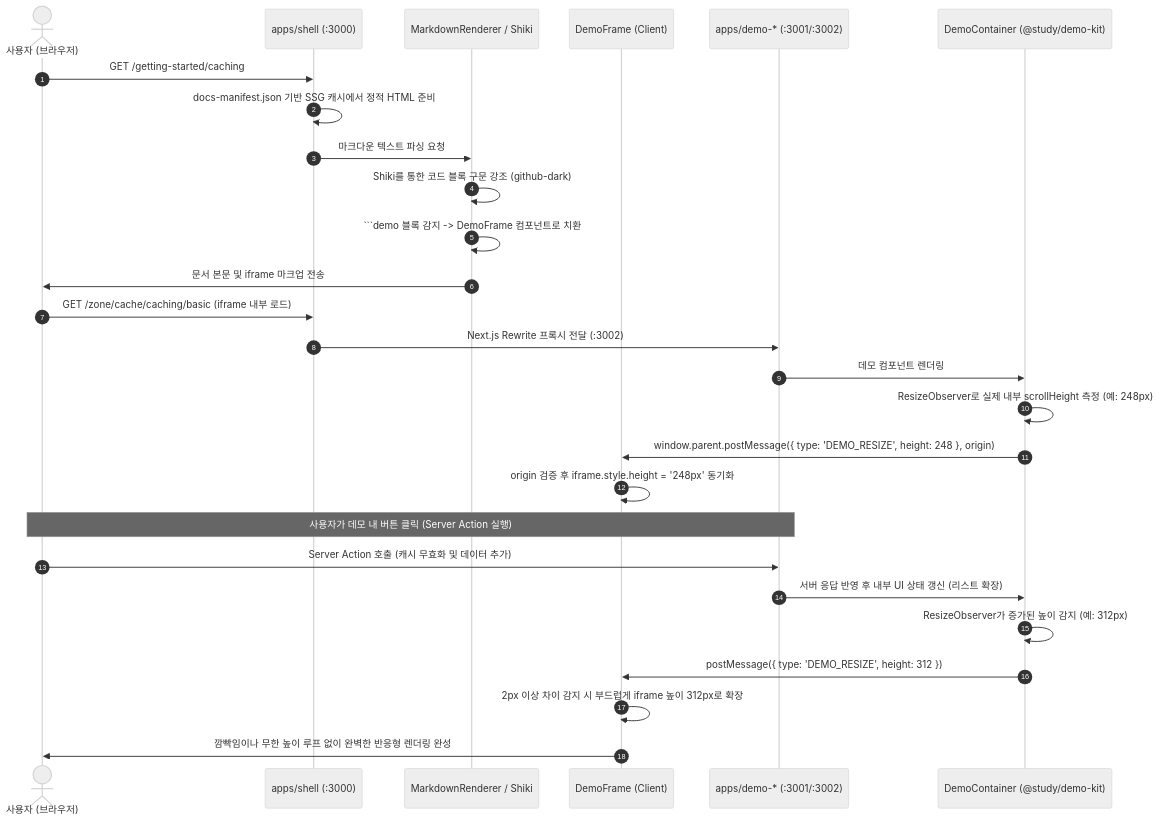
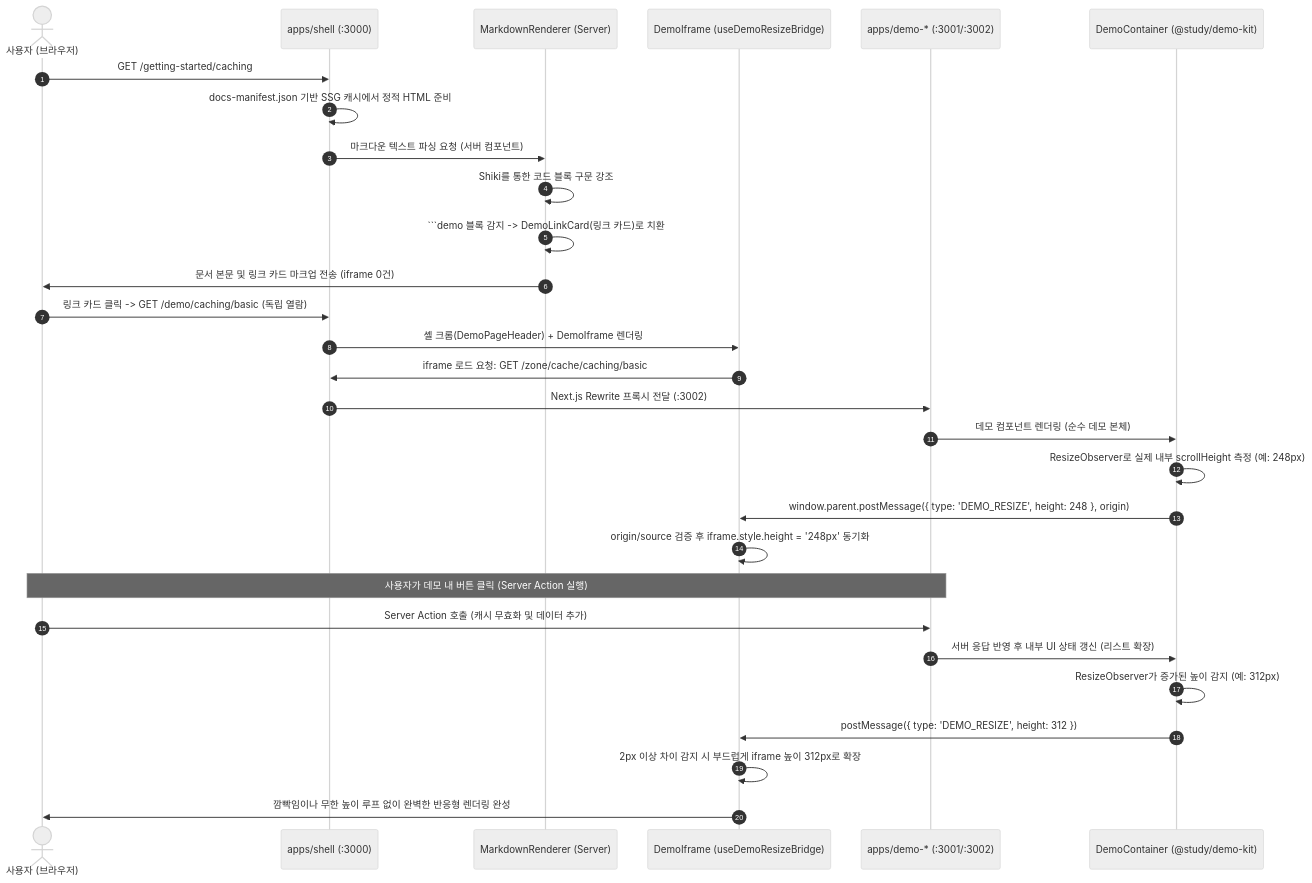
One commit to Junyong34/nextjs-ko-study-lab changed the third of 3 diagrams in nextjs-app/ARCHITECTURE.md. Above: the diagram before and after it, drawn with Mermaid (neutral theme). The commit also changed other lines of this file and 2 other files, not shown here.

Commit message:
[refactor/component-directory][docs]: 리팩토링 결과 기반 아키텍처 및 설계 문서 최신화
- ARCHITECTURE.md의 패키지 레이어(@study/ui, @study/docs-render) 설명과 시퀀스 다이어그램을 DemoLinkCard 및 서버 컴포넌트 구조로 동기화했습니다.
- nextjs-app/README.md 및 docs/README.md의 Phase 2 진행 상태 문구를 최신화했습니다.

````diff
--- a/nextjs-app/ARCHITECTURE.md
+++ b/nextjs-app/ARCHITECTURE.md
@@ -252,32 +252,37 @@
 ```mermaid
 sequenceDiagram
     autonumber
     actor User as 사용자 (브라우저)
     participant Shell as apps/shell (:3000)
-    participant Renderer as MarkdownRenderer / Shiki
-    participant DemoFrame as DemoFrame (Client)
+    participant Renderer as MarkdownRenderer (Server)
+    participant DemoIframe as DemoIframe (useDemoResizeBridge)
     participant Zone as apps/demo-* (:3001/:3002)
     participant Container as DemoContainer (@study/demo-kit)
 
+    %% 1. 문서 페이지 조회 (규칙 16: iframe 없음)
     User->>Shell: GET /getting-started/caching
     Shell->>Shell: docs-manifest.json 기반 SSG 캐시에서 정적 HTML 준비
-    Shell->>Renderer: 마크다운 텍스트 파싱 요청
-    Renderer->>Renderer: Shiki를 통한 코드 블록 구문 강조 (github-dark)
-    Renderer->>Renderer: ```demo 블록 감지 -> DemoFrame 컴포넌트로 치환
-    Renderer->>User: 문서 본문 및 iframe 마크업 전송
+    Shell->>Renderer: 마크다운 텍스트 파싱 요청 (서버 컴포넌트)
+    Renderer->>Renderer: Shiki를 통한 코드 블록 구문 강조
+    Renderer->>Renderer: ```demo 블록 감지 -> DemoLinkCard(링크 카드)로 치환
+    Renderer->>User: 문서 본문 및 링크 카드 마크업 전송 (iframe 0건)
 
-    User->>Shell: GET /zone/cache/caching/basic (iframe 내부 로드)
+    %% 2. 독립 데모 열람 (/demo/...)
+    User->>Shell: 링크 카드 클릭 -> GET /demo/caching/basic (독립 열람)
+    Shell->>DemoIframe: 셸 크롬(DemoPageHeader) + DemoIframe 렌더링
+    DemoIframe->>Shell: iframe 로드 요청: GET /zone/cache/caching/basic
     Shell->>Zone: Next.js Rewrite 프록시 전달 (:3002)
-    Zone->>Container: 데모 컴포넌트 렌더링
+    Zone->>Container: 데모 컴포넌트 렌더링 (순수 데모 본체)
     Container->>Container: ResizeObserver로 실제 내부 scrollHeight 측정 (예: 248px)
-    Container->>DemoFrame: window.parent.postMessage({ type: 'DEMO_RESIZE', height: 248 }, origin)
-    DemoFrame->>DemoFrame: origin 검증 후 iframe.style.height = '248px' 동기화
+    Container->>DemoIframe: window.parent.postMessage({ type: 'DEMO_RESIZE', height: 248 }, origin)
+    DemoIframe->>DemoIframe: origin/source 검증 후 iframe.style.height = '248px' 동기화
 
+    %% 3. 데모 상호작용
     Note over User,Zone: 사용자가 데모 내 버튼 클릭 (Server Action 실행)
     User->>Zone: Server Action 호출 (캐시 무효화 및 데이터 추가)
     Zone->>Container: 서버 응답 반영 후 내부 UI 상태 갱신 (리스트 확장)
     Container->>Container: ResizeObserver가 증가된 높이 감지 (예: 312px)
-    Container->>DemoFrame: postMessage({ type: 'DEMO_RESIZE', height: 312 })
-    DemoFrame->>DemoFrame: 2px 이상 차이 감지 시 부드럽게 iframe 높이 312px로 확장
-    DemoFrame->>User: 깜빡임이나 무한 높이 루프 없이 완벽한 반응형 렌더링 완성
+    Container->>DemoIframe: postMessage({ type: 'DEMO_RESIZE', height: 312 })
+    DemoIframe->>DemoIframe: 2px 이상 차이 감지 시 부드럽게 iframe 높이 312px로 확장
+    DemoIframe->>User: 깜빡임이나 무한 높이 루프 없이 완벽한 반응형 렌더링 완성
 ```
````
